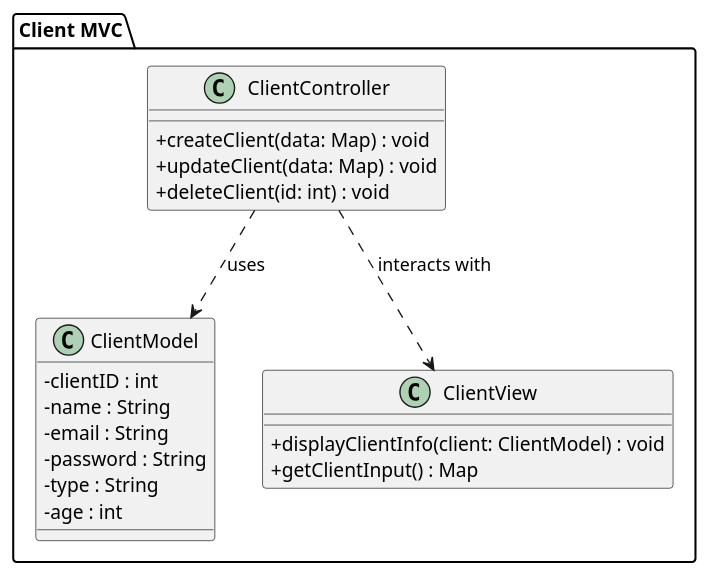
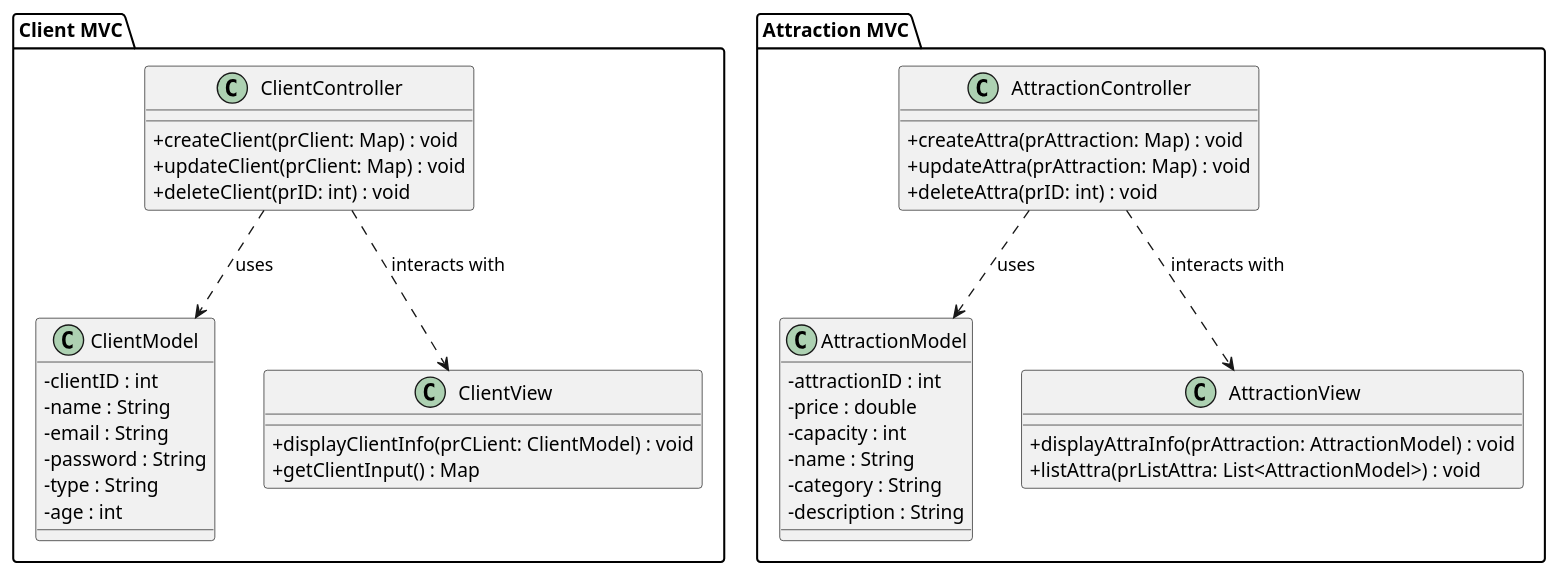
The diagram in ClassDiagram.puml (ECE-Paris-Ingeneering-School/projet-java-ing3-2025-ing3-java-2025-7-4), drawn with PlantUML before and after one commit.

Commit message:
Added Client MVC

```diff
--- a/ClassDiagram.puml
+++ b/ClassDiagram.puml
@@ -1,32 +1,59 @@
 @startuml
 
 skinparam classAttributeIconSize 0
 
 ' ---------------------------
 ' Client MVC
 ' ---------------------------
 package "Client MVC" {
   class ClientModel {
     - clientID : int
     - name : String
     - email : String
     - password : String
     - type : String
     - age : int
   }
 
   class ClientView {
-    + displayClientInfo(client: ClientModel) : void
+    + displayClientInfo(prCLient: ClientModel) : void
     + getClientInput() : Map
   }
 
   class ClientController {
-    + createClient(data: Map) : void
-    + updateClient(data: Map) : void
-    + deleteClient(id: int) : void
+    + createClient(prClient: Map) : void
+    + updateClient(prClient: Map) : void
+    + deleteClient(prID: int) : void
   }
 
   ClientController ..> ClientModel : uses
   ClientController ..> ClientView : interacts with
 }
+' ---------------------------
+' Attraction MVC
+' ---------------------------
+package "Attraction MVC" {
+  class AttractionModel {
+    - attractionID : int
+    - price : double
+    - capacity : int
+    - name : String
+    - category : String
+    - description : String
+  }
+
+  class AttractionView {
+    + displayAttraInfo(prAttraction: AttractionModel) : void
+    + listAttra(prListAttra: List<AttractionModel>) : void
+  }
+
+  class AttractionController {
+    + createAttra(prAttraction: Map) : void
+    + updateAttra(prAttraction: Map) : void
+    + deleteAttra(prID: int) : void
+  }
+
+  AttractionController ..> AttractionModel : uses
+  AttractionController ..> AttractionView : interacts with
+}
 @enduml
```
